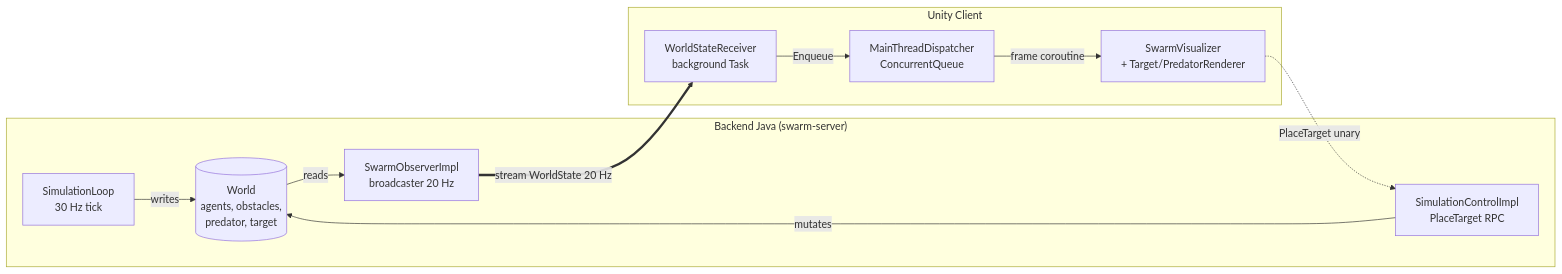
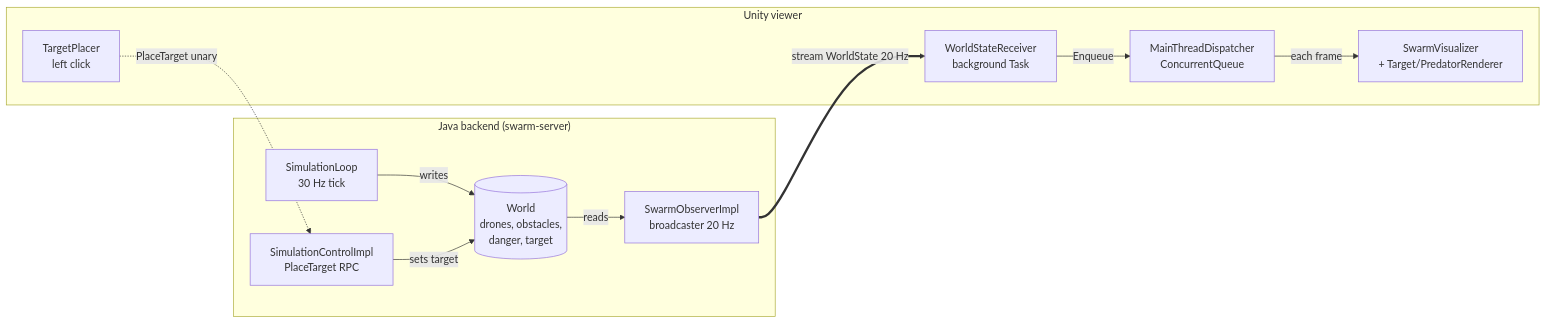
One commit to gakkel-labs/swarm-simulator changed the first of 4 diagrams in docs/architecture.md. Above: the diagram before and after it, drawn with Mermaid. The commit also changed other lines of this file and 8 other files, not shown here.

Commit message:
docs: align architecture, Boids rules, gRPC contract and Unity guide with the code (#149)

````diff
--- a/docs/architecture.md
+++ b/docs/architecture.md
@@ -18,23 +18,24 @@
 ```mermaid
 flowchart LR
-    subgraph Backend["Backend Java (swarm-server)"]
+    subgraph Backend["Java backend (swarm-server)"]
         SIM[SimulationLoop<br/>30 Hz tick]
-        WORLD[(World<br/>agents, obstacles,<br/>predator, target)]
+        WORLD[(World<br/>drones, obstacles,<br/>danger, target)]
         BCAST[SwarmObserverImpl<br/>broadcaster 20 Hz]
         CTRL[SimulationControlImpl<br/>PlaceTarget RPC]
         SIM -->|writes| WORLD
         WORLD -->|reads| BCAST
-        CTRL -->|mutates| WORLD
+        CTRL -->|sets target| WORLD
     end
 
-    subgraph Unity["Unity Client"]
+    subgraph Unity["Unity viewer"]
         RECV[WorldStateReceiver<br/>background Task]
         DISP[MainThreadDispatcher<br/>ConcurrentQueue]
         VIZ[SwarmVisualizer<br/>+ Target/PredatorRenderer]
+        PLACE[TargetPlacer<br/>left click]
         RECV -->|Enqueue| DISP
-        DISP -->|frame coroutine| VIZ
+        DISP -->|each frame| VIZ
     end
 
     BCAST ==>|stream WorldState 20 Hz| RECV
-    VIZ -.->|PlaceTarget unary| CTRL
+    PLACE -.->|PlaceTarget unary| CTRL
 ```
````
